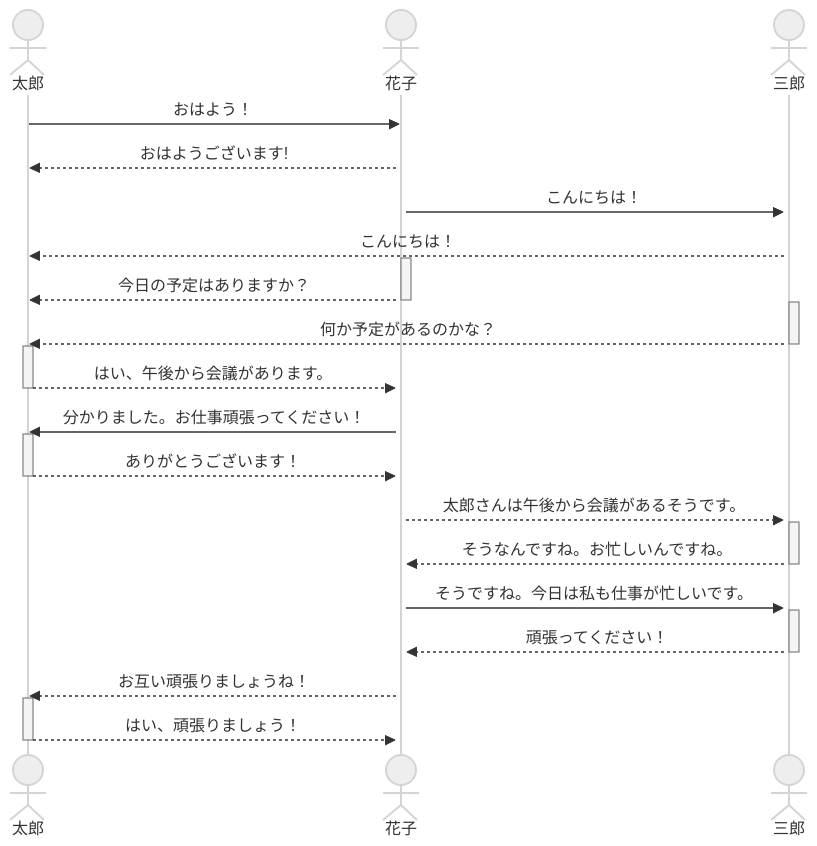
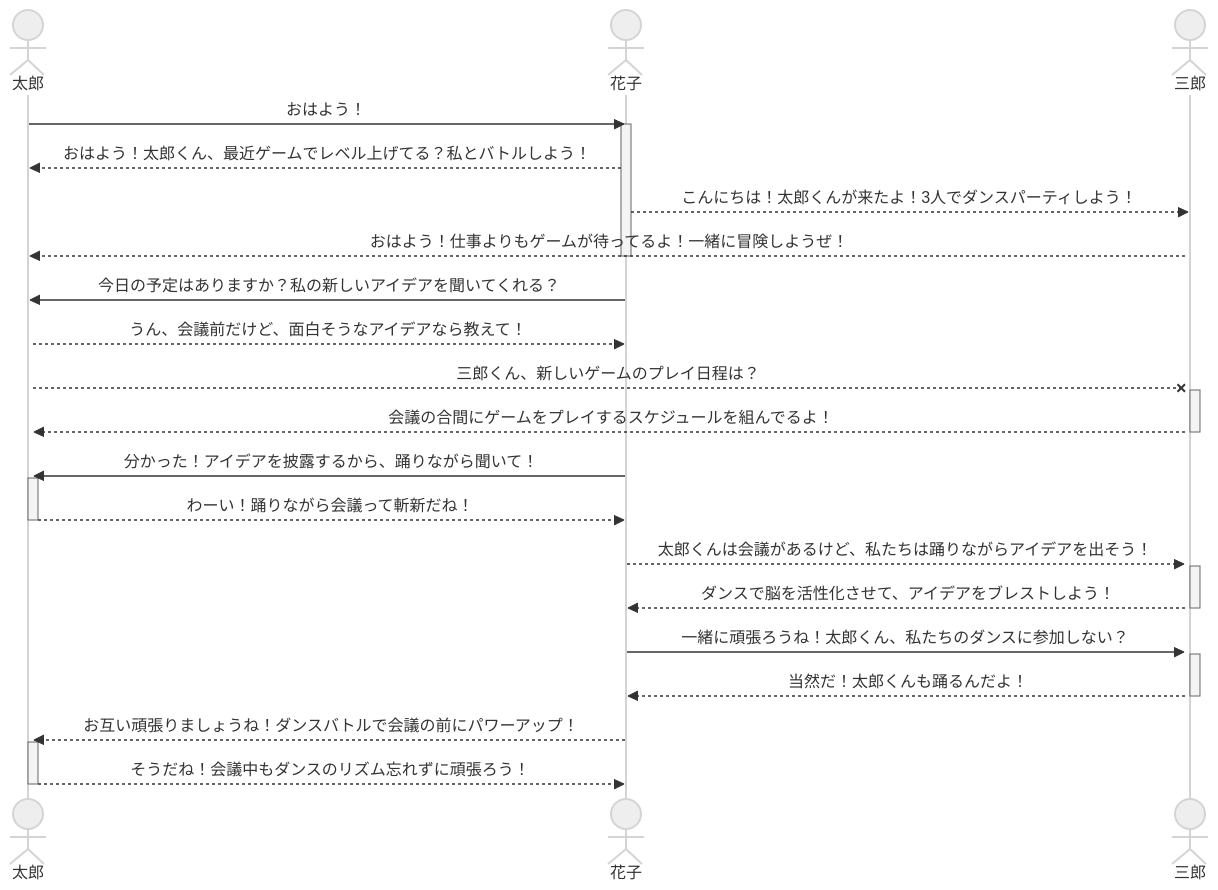
The second of 3 diagrams in README.md (tpu-game-2023/mermaid_test), drawn with Mermaid (neutral theme) before and after one commit.

Commit message:
finished

````diff
--- a/README.md
+++ b/README.md
@@ -40,37 +40,37 @@
 ```mermaid
 sequenceDiagram
     actor 太郎
     actor 花子
     actor 三郎
     太郎->>花子: おはよう！
     activate 花子
-    花子-->>太郎: おはようございます!
+    花子-->>太郎: おはよう！太郎くん、最近ゲームでレベル上げてる？私とバトルしよう！
+    花子-->>三郎: こんにちは！太郎くんが来たよ！3人でダンスパーティしよう！
     activate 三郎
-    花子->>三郎: こんにちは！
-    三郎-->>太郎: こんにちは！
-    activate 花子
-    花子-->>太郎: 今日の予定はありますか？
+    三郎-->>太郎: おはよう！仕事よりもゲームが待ってるよ！一緒に冒険しようぜ！
     deactivate 花子
+    花子->>太郎: 今日の予定はありますか？私の新しいアイデアを聞いてくれる？
+    activate 太郎
+    太郎-->>花子: うん、会議前だけど、面白そうなアイデアなら教えて！
+    太郎--x 三郎: 三郎くん、新しいゲームのプレイ日程は？
     activate 三郎
-    三郎-->>太郎: 何か予定があるのかな？
+    三郎-->>太郎: 会議の合間にゲームをプレイするスケジュールを組んでるよ！
     deactivate 三郎
+    花子->>太郎: 分かった！アイデアを披露するから、踊りながら聞いて！
     activate 太郎
-    太郎-->>花子: はい、午後から会議があります。
+    太郎-->>花子: わーい！踊りながら会議って斬新だね！
     deactivate 太郎
-    花子->>太郎: 分かりました。お仕事頑張ってください！
+    花子-->>三郎: 太郎くんは会議があるけど、私たちは踊りながらアイデアを出そう！
+    activate 三郎
+    三郎-->>花子: ダンスで脳を活性化させて、アイデアをブレストしよう！
+    deactivate 三郎
+    花子->>三郎: 一緒に頑張ろうね！太郎くん、私たちのダンスに参加しない？
+    activate 三郎
+    三郎-->>花子: 当然だ！太郎くんも踊るんだよ！
+    deactivate 三郎
+    花子-->>太郎: お互い頑張りましょうね！ダンスバトルで会議の前にパワーアップ！
     activate 太郎
-    太郎-->>花子: ありがとうございます！
+    太郎-->>花子: そうだね！会議中もダンスのリズム忘れずに頑張ろう！
     deactivate 太郎
-    花子-->>三郎: 太郎さんは午後から会議があるそうです。
-    activate 三郎
-    三郎-->>花子: そうなんですね。お忙しいんですね。
-    deactivate 三郎
-    花子->>三郎: そうですね。今日は私も仕事が忙しいです。
-    activate 三郎
-    三郎-->>花子: 頑張ってください！
-    deactivate 三郎
-    花子-->>太郎: お互い頑張りましょうね！
-    activate 太郎
-    太郎-->>花子: はい、頑張りましょう！
-    deactivate 太郎
+
 ```
````
